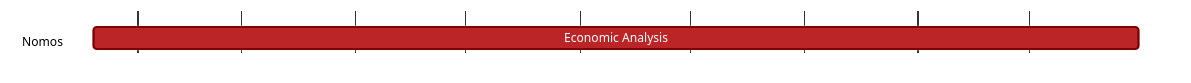
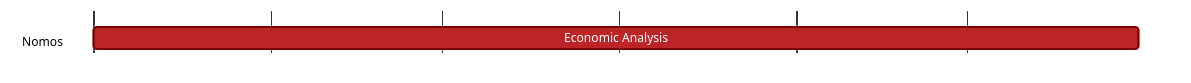
The diagram in content/roadmap/vac/tke/nomos/economic-analysis.md (logos-co/roadmap), drawn with Mermaid before and after one commit. The commit also changed other lines of this file and 5 other files, not shown here.

````diff
--- a/content/roadmap/vac/tke/nomos/economic-analysis.md
+++ b/content/roadmap/vac/tke/nomos/economic-analysis.md
@@ -7,19 +7,19 @@
 ```mermaid
 %%{ 
   init: { 
     'theme': 'base', 
     'themeVariables': { 
       'primaryColor': '#BB2528', 
       'primaryTextColor': '#fff', 
       'primaryBorderColor': '#7C0000', 
       'lineColor': '#F8B229', 
       'secondaryColor': '#006100', 
       'tertiaryColor': '#fff' 
     } 
   } 
 }%%
 gantt
 	dateFormat YYYY-MM-DD 
 	section Nomos
-		Economic Analysis :, 2023-01-20, 2023-10-31
+		Economic Analysis :, 2023-05-01, 2023-10-31
 ```
````
